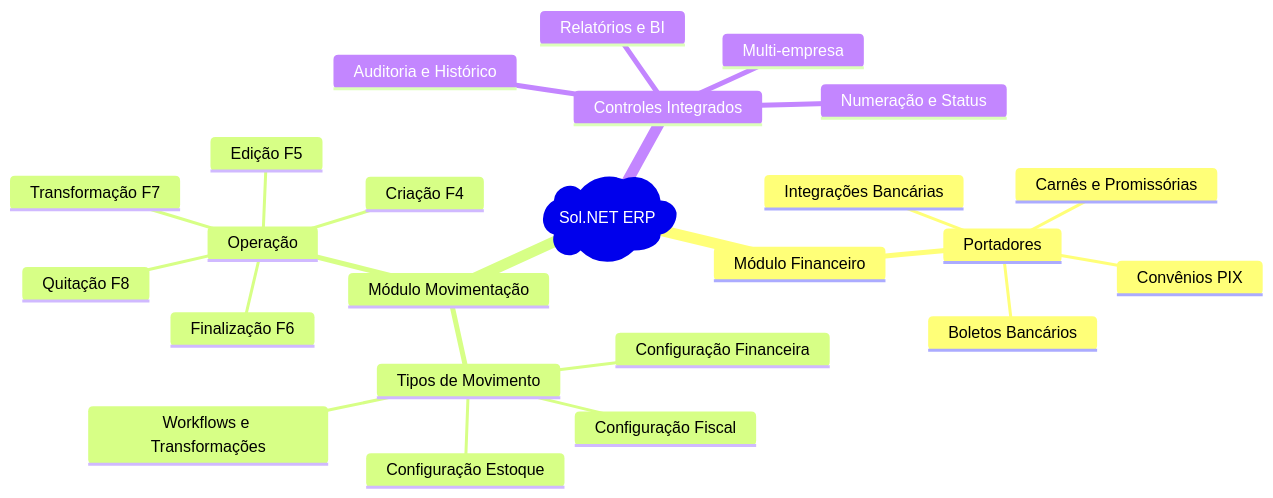
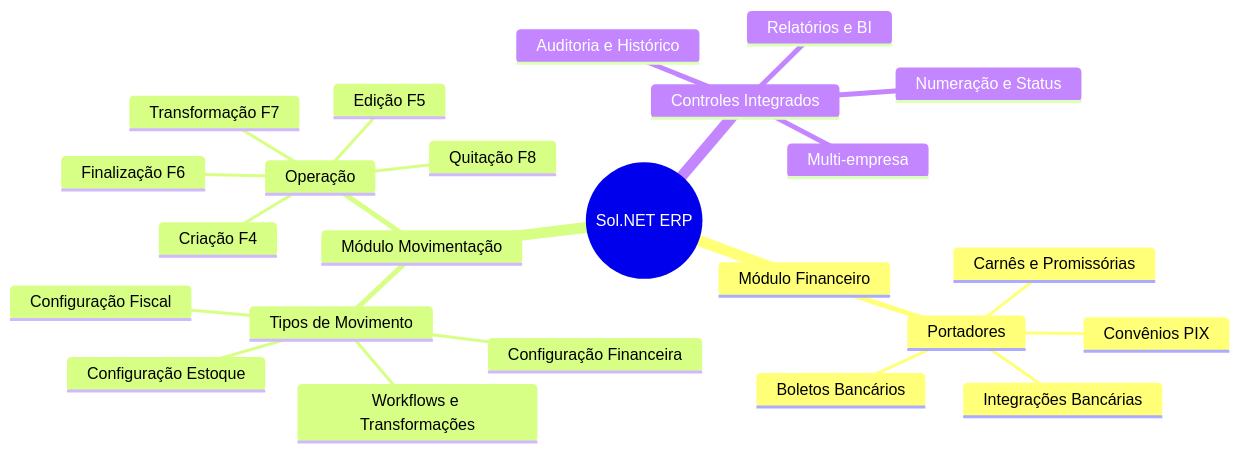
One commit to hetosoft/documentacao-solnet changed the diagram in README.md. Above: the diagram before and after it, drawn with Mermaid.

````diff
--- a/README.md
+++ b/README.md
@@ -115,27 +115,27 @@
 ```mermaid
 mindmap
-  root)Sol.NET ERP(
+  root((Sol.NET ERP))
     Módulo Financeiro
       Portadores
         Boletos Bancários
         Convênios PIX
         Carnês e Promissórias  
         Integrações Bancárias
     Módulo Movimentação
       Tipos de Movimento
         Configuração Estoque
         Configuração Financeira
         Configuração Fiscal
         Workflows e Transformações
       Operação
         Criação F4
         Edição F5  
         Finalização F6
         Transformação F7
         Quitação F8
     Controles Integrados
       Auditoria e Histórico
       Relatórios e BI
       Numeração e Status
       Multi-empresa
 ```
````
